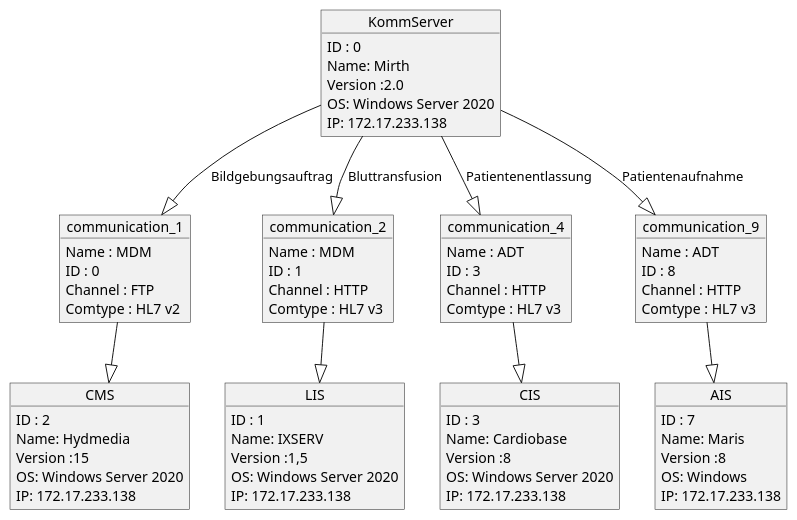
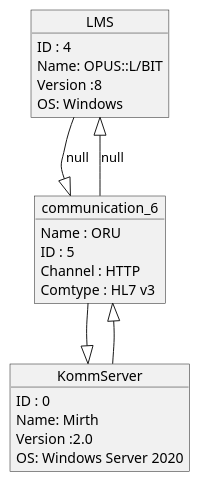
One commit to VirtualReality1/topologieSpringBoot changed the diagram in static/puml/LMS.puml. Above: the diagram before and after it, drawn with PlantUML. The commit also changed 17 other files, not shown here.

```diff
--- a/static/puml/LMS.puml
+++ b/static/puml/LMS.puml
@@ -1,60 +1,21 @@
 @startuml
+object LMS
 object KommServer
-object CMS
-CMS : ID : 2
-CMS : Name: Hydmedia
-CMS : Version :15
-CMS : OS: Windows Server 2020
-CMS : IP: 172.17.233.138
-object communication_1
-communication_1 : Name : MDM
-communication_1 : ID : 0
-communication_1 : Channel : FTP
-communication_1 : Comtype : HL7 v2
-KommServer --|> communication_1:Bildgebungsauftrag
-communication_1 --|> CMS
-object LIS
-LIS : ID : 1
-LIS : Name: IXSERV
-LIS : Version :1,5
-LIS : OS: Windows Server 2020
-LIS : IP: 172.17.233.138
-object communication_2
-communication_2 : Name : MDM
-communication_2 : ID : 1
-communication_2 : Channel : HTTP
-communication_2 : Comtype : HL7 v3
-KommServer --|> communication_2:Bluttransfusion
-communication_2 --|> LIS
-object CIS
-CIS : ID : 3
-CIS : Name: Cardiobase
-CIS : Version :8
-CIS : OS: Windows Server 2020
-CIS : IP: 172.17.233.138
-object communication_4
-communication_4 : Name : ADT
-communication_4 : ID : 3
-communication_4 : Channel : HTTP
-communication_4 : Comtype : HL7 v3
-KommServer --|> communication_4:Patientenentlassung
-communication_4 --|> CIS
-object AIS
-AIS : ID : 7
-AIS : Name: Maris
-AIS : Version :8
-AIS : OS: Windows
-AIS : IP: 172.17.233.138
-object communication_9
-communication_9 : Name : ADT
-communication_9 : ID : 8
-communication_9 : Channel : HTTP
-communication_9 : Comtype : HL7 v3
-KommServer --|> communication_9:Patientenaufnahme
-communication_9 --|> AIS
 KommServer : ID : 0
 KommServer : Name: Mirth
 KommServer : Version :2.0
 KommServer : OS: Windows Server 2020
-KommServer : IP: 172.17.233.138
+object communication_6
+communication_6 : Name : ORU
+communication_6 : ID : 5
+communication_6 : Channel : HTTP
+communication_6 : Comtype : HL7 v3
+LMS --|> communication_6:null
+communication_6 --|> KommServer
+LMS <|-- communication_6:null
+communication_6 <|-- KommServer
+LMS : ID : 4
+LMS : Name: OPUS::L/BIT
+LMS : Version :8
+LMS : OS: Windows
 @enduml
```
